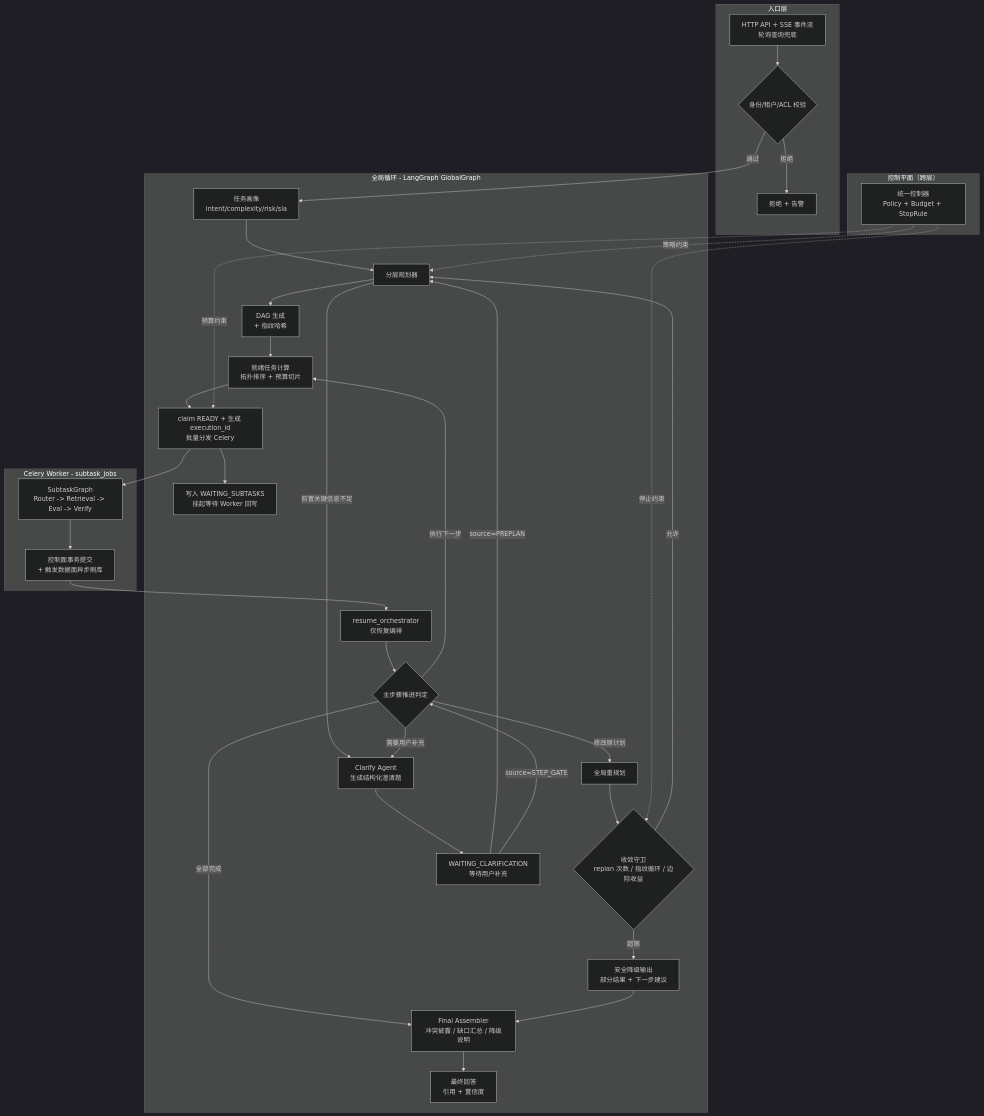
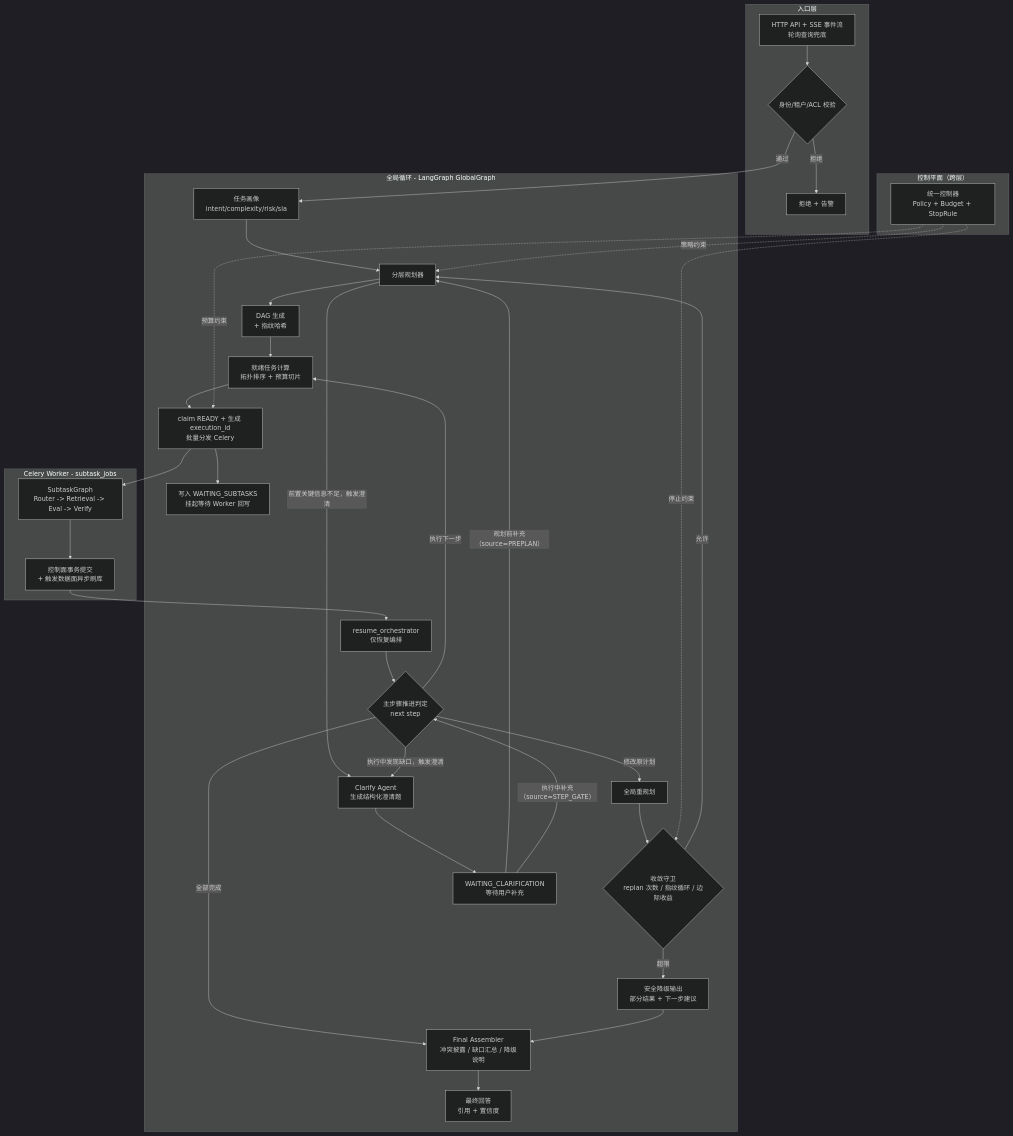
The first of 6 diagrams in src/learning_common_lib/案例/用户AgenticRAG检索/架构设计规划.md (kkk935208447/learning_common_lib), drawn with Mermaid (dark theme) before and after one commit. The commit also changed other lines of this file, not shown here.

First line of the commit message:
feat(learning_common_lib): 更新任务流程图和文档以增强可读性

````diff
--- a/src/learning_common_lib/案例/用户AgenticRAG检索/架构设计规划.md
+++ b/src/learning_common_lib/案例/用户AgenticRAG检索/架构设计规划.md
@@ -48,56 +48,56 @@
 ```mermaid
 flowchart TB
     subgraph EntryLayer["入口层"]
         API["HTTP API + SSE 事件流<br/>轮询查询兜底"]
         Auth{"身份/租户/ACL 校验"}
         Denied["拒绝 + 告警"]
     end
 
     subgraph ControlPlane["控制平面（跨层）"]
         Ctrl["统一控制器<br/>Policy + Budget + StopRule"]
     end
 
     subgraph GlobalLoop["全局循环 - LangGraph GlobalGraph"]
         Intake["任务画像<br/>intent/complexity/risk/sla"]
         Planner["分层规划器"]
         Clarify["Clarify Agent<br/>生成结构化澄清题"]
         DAG["DAG 生成<br/>+ 指纹哈希"]
         Scheduler["就绪任务计算<br/>拓扑排序 + 预算切片"]
         Executor["claim READY + 生成 execution_id<br/>批量分发 Celery"]
         Pause["写入 WAITING_SUBTASKS<br/>挂起等待 Worker 回写"]
         Resume["resume_orchestrator<br/>仅恢复编排"]
-        StepGate{"主步骤推进判定"}
+        StepGate{"主步骤推进判定 <br/> next step"}
         GlobalReplan["全局重规划"]
         LoopGuard{"收敛守卫<br/>replan 次数 / 指纹循环 / 边际收益"}
         WaitClarify["WAITING_CLARIFICATION<br/>等待用户补充"]
         Finalize["Final Assembler<br/>冲突披露 / 缺口汇总 / 降级说明"]
         Fallback["安全降级输出<br/>部分结果 + 下一步建议"]
         Output["最终回答<br/>引用 + 置信度"]
     end
 
     subgraph WorkerLane["Celery Worker - subtask_jobs"]
         SubtaskGraph["SubtaskGraph<br/>Router -> Retrieval -> Eval -> Verify"]
         Persist["控制面事务提交<br/>+ 触发数据面异步刷库"]
     end
 
     API --> Auth
     Auth -- "拒绝" --> Denied
     Auth -- "通过" --> Intake
     Intake --> Planner --> DAG --> Scheduler
-    Planner -- "前置关键信息不足" --> Clarify --> WaitClarify
-    WaitClarify -- "source=PREPLAN" --> Planner
-    WaitClarify -- "source=STEP_GATE" --> StepGate
+    Planner -- "前置关键信息不足，触发澄清" --> Clarify --> WaitClarify
+    WaitClarify -- "规划前补充（source=PREPLAN）" --> Planner
+    WaitClarify -- "执行中补充（source=STEP_GATE）" --> StepGate
     Scheduler --> Executor --> Pause
     Executor --> SubtaskGraph --> Persist --> Resume --> StepGate
     StepGate -- "执行下一步" --> Scheduler
-    StepGate -- "需要用户补充" --> Clarify
+    StepGate -- "执行中发现缺口，触发澄清" --> Clarify
     StepGate -- "修改原计划" --> GlobalReplan
     StepGate -- "全部完成" --> Finalize --> Output
     GlobalReplan --> LoopGuard
     LoopGuard -- "允许" --> Planner
     LoopGuard -- "超限" --> Fallback --> Finalize
 
     Ctrl -. "策略约束" .-> Planner
     Ctrl -. "预算约束" .-> Executor
     Ctrl -. "停止约束" .-> LoopGuard
 ```
````
